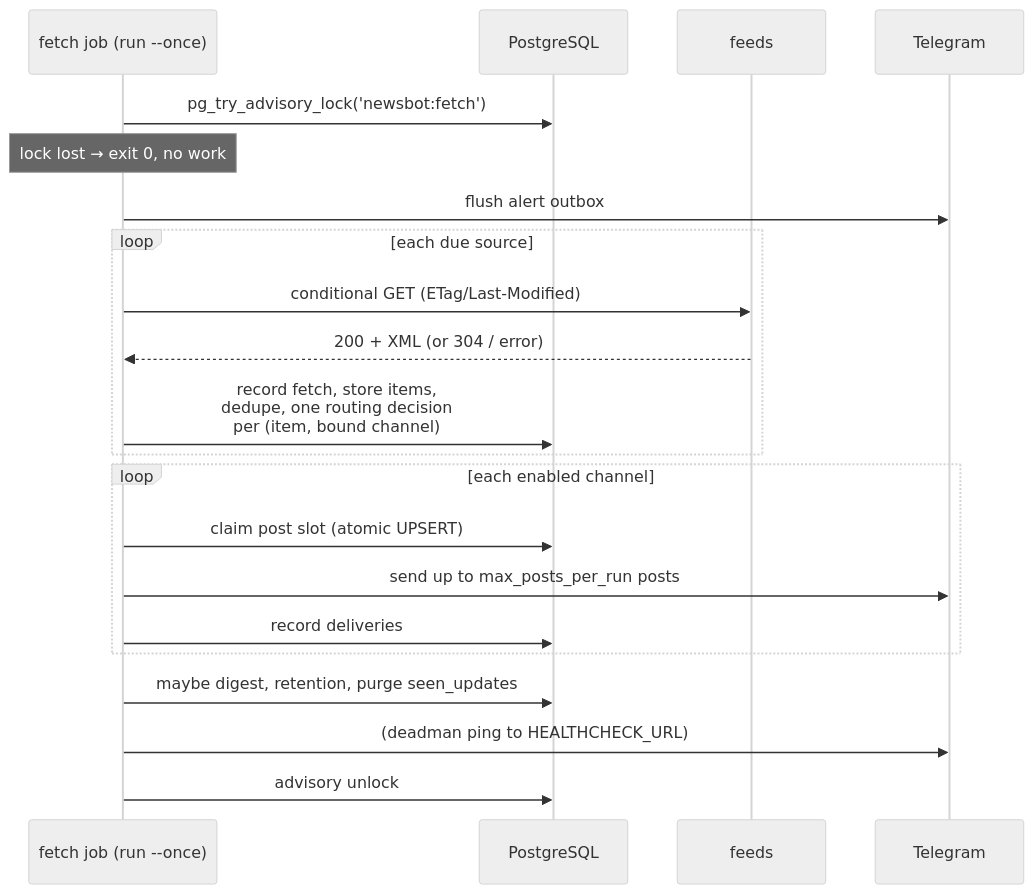
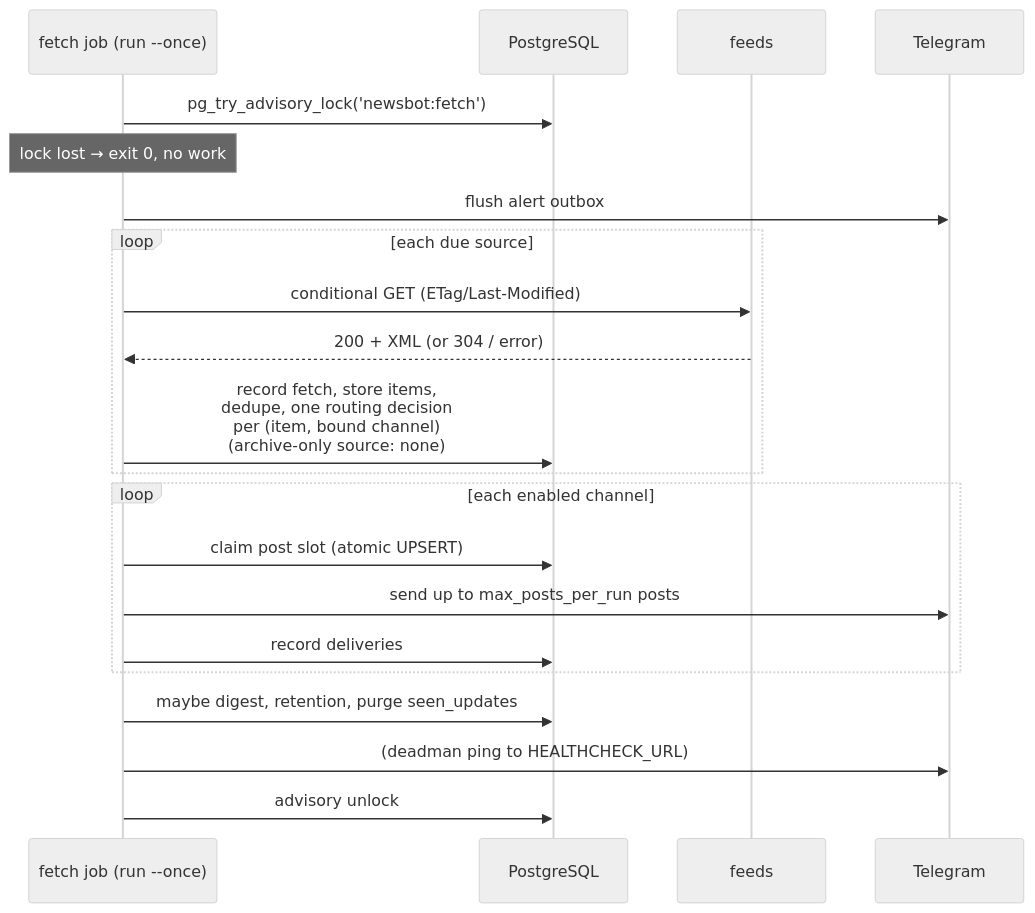
The second of 3 diagrams in docs/architecture.md (yeshdmits/news-tg-bot), drawn with Mermaid (neutral theme) before and after one commit. The commit also changed other lines of this file and 16 other files, not shown here.

First line of the commit message:
fix: allow sources with no channels (archive-only) (#6)

````diff
--- a/docs/architecture.md
+++ b/docs/architecture.md
@@ -44,24 +44,24 @@
 ```mermaid
 sequenceDiagram
     participant J as fetch job (run --once)
     participant PG as PostgreSQL
     participant F as feeds
     participant T as Telegram
 
     J->>PG: pg_try_advisory_lock('newsbot:fetch')
     Note over J: lock lost → exit 0, no work
     J->>T: flush alert outbox
     loop each due source
         J->>F: conditional GET (ETag/Last-Modified)
         F-->>J: 200 + XML (or 304 / error)
-        J->>PG: record fetch, store items,<br/>dedupe, one routing decision<br/>per (item, bound channel)
+        J->>PG: record fetch, store items,<br/>dedupe, one routing decision<br/>per (item, bound channel)<br/>(archive-only source: none)
     end
     loop each enabled channel
         J->>PG: claim post slot (atomic UPSERT)
         J->>T: send up to max_posts_per_run posts
         J->>PG: record deliveries
     end
     J->>PG: maybe digest, retention, purge seen_updates
     J->>T: (deadman ping to HEALTHCHECK_URL)
     J->>PG: advisory unlock
 ```
````
